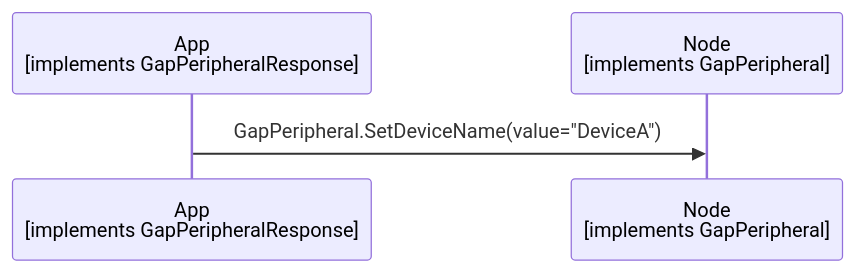
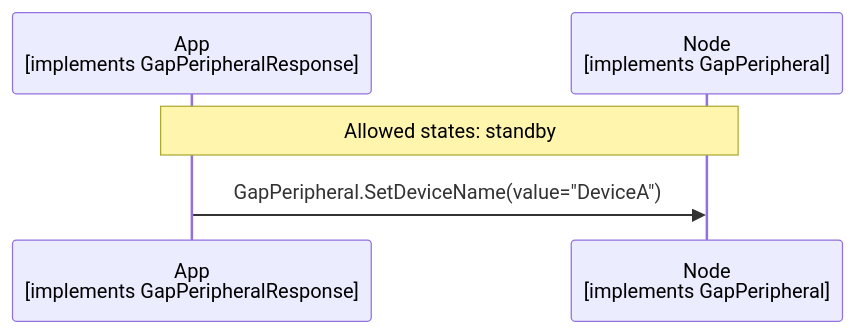
One commit to philips-software/amp-embedded-infra-lib changed the diagram in documents/modules/ROOT/partials/echoservices/gap_peripheral/GapPeripheral_SetDeviceName_sequence.mmd. Above: the diagram before and after it, drawn with Mermaid. The commit also changed 3 other files, not shown here.

```diff
--- a/documents/modules/ROOT/partials/echoservices/gap_peripheral/GapPeripheral_SetDeviceName_sequence.mmd
+++ b/documents/modules/ROOT/partials/echoservices/gap_peripheral/GapPeripheral_SetDeviceName_sequence.mmd
@@ -1,5 +1,7 @@
 sequenceDiagram
     participant App as App<br>[implements GapPeripheralResponse]
     participant Node as Node<br>[implements GapPeripheral]
 
+    Note over App, Node: Allowed states: standby
+
     App->>Node: GapPeripheral.SetDeviceName(value="DeviceA")
```
